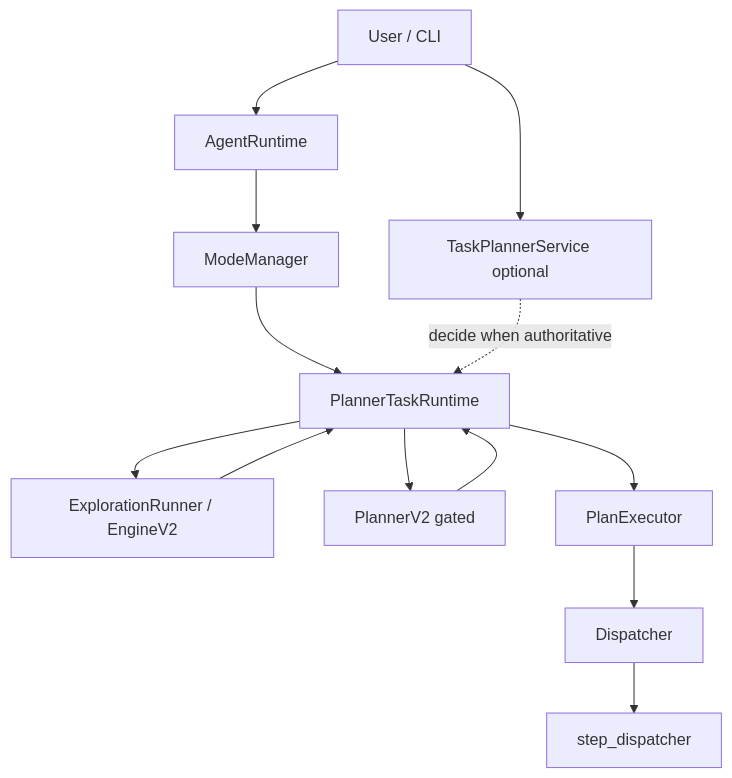
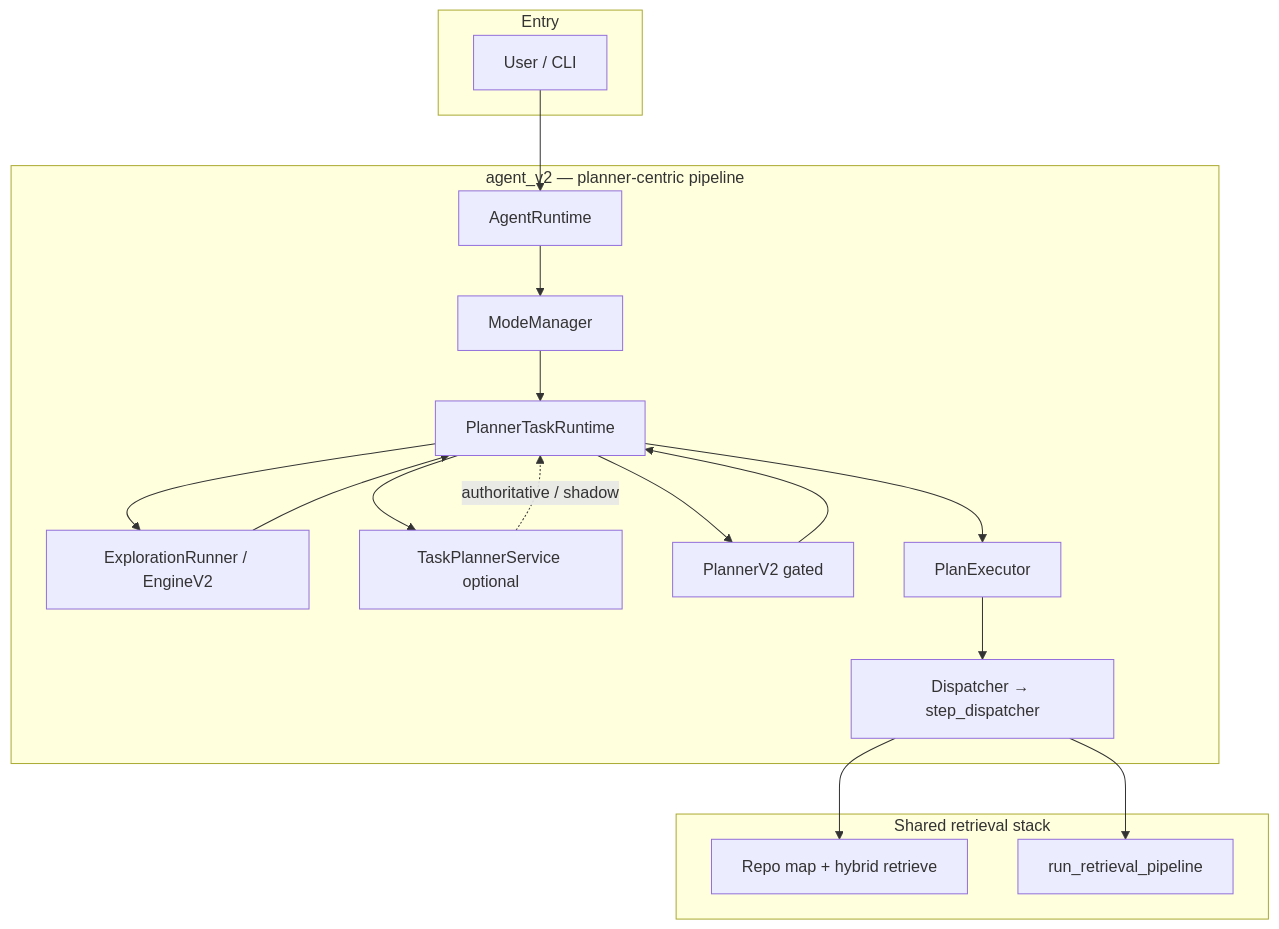
One commit to Pugsy-Explores/AutoStudio changed the first of 3 diagrams in README.md. Above: the diagram before and after it, drawn with Mermaid. The commit also changed other lines of this file, not shown here.

First line of the commit message:
docs(readme): architecture after Quickstart, richer diagrams, tools by mode

````diff
--- a/README.md
+++ b/README.md
@@ -262,16 +68,36 @@
 ```mermaid
-flowchart TD
-  User[User / CLI] --> TP[TaskPlannerService optional]
-  PTR[PlannerTaskRuntime]
-  User --> AR[AgentRuntime]
-  AR --> MM[ModeManager]
-  MM --> PTR
-  PTR --> ER[ExplorationRunner / EngineV2]
-  ER --> PTR
-  PTR --> PV2[PlannerV2 gated]
-  PV2 --> PTR
-  PTR --> PE[PlanExecutor]
-  PE --> DISP[Dispatcher]
-  DISP --> LEG[step_dispatcher]
-  TP -.->|decide when authoritative| PTR
+flowchart TB
+    subgraph Entry["Entry"]
+        User[User / CLI]
+    end
+
+    subgraph AV2["agent_v2 — planner-centric pipeline"]
+        AR[AgentRuntime]
+        MM[ModeManager]
+        PTR[PlannerTaskRuntime]
+        ER[ExplorationRunner / EngineV2]
+        TP[TaskPlannerService optional]
+        PV2[PlannerV2 gated]
+        PE[PlanExecutor]
+        D2[Dispatcher → step_dispatcher]
+    end
+
+    subgraph Retrieval["Shared retrieval stack"]
+        RM[Repo map + hybrid retrieve]
+        RP[run_retrieval_pipeline]
+    end
+
+    User --> AR
+    AR --> MM
+    MM --> PTR
+    PTR --> ER
+    ER --> PTR
+    PTR --> TP
+    TP -.->|authoritative / shadow| PTR
+    PTR --> PV2
+    PV2 --> PTR
+    PTR --> PE
+    PE --> D2
+    D2 --> RM
+    D2 --> RP
 ```
````
